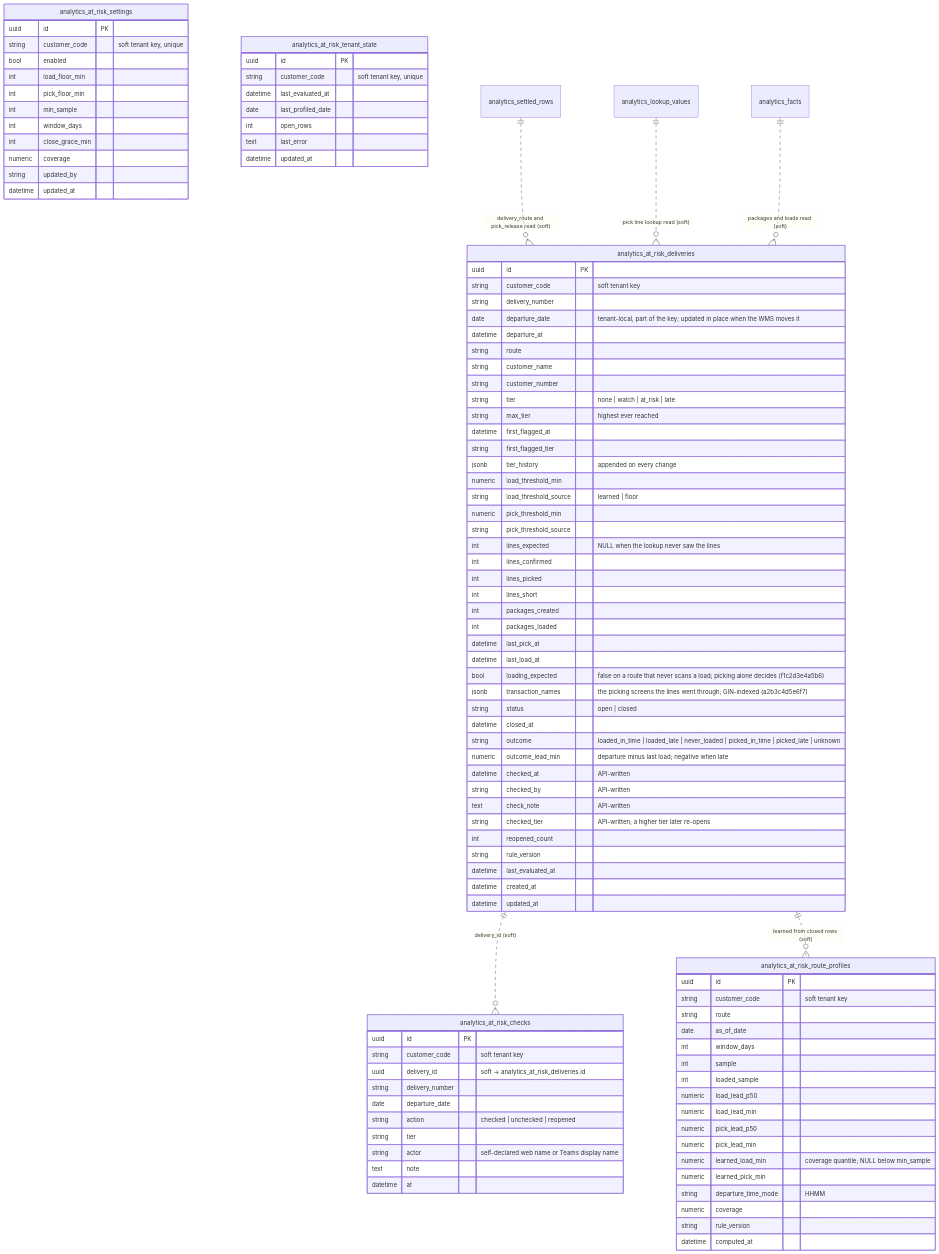
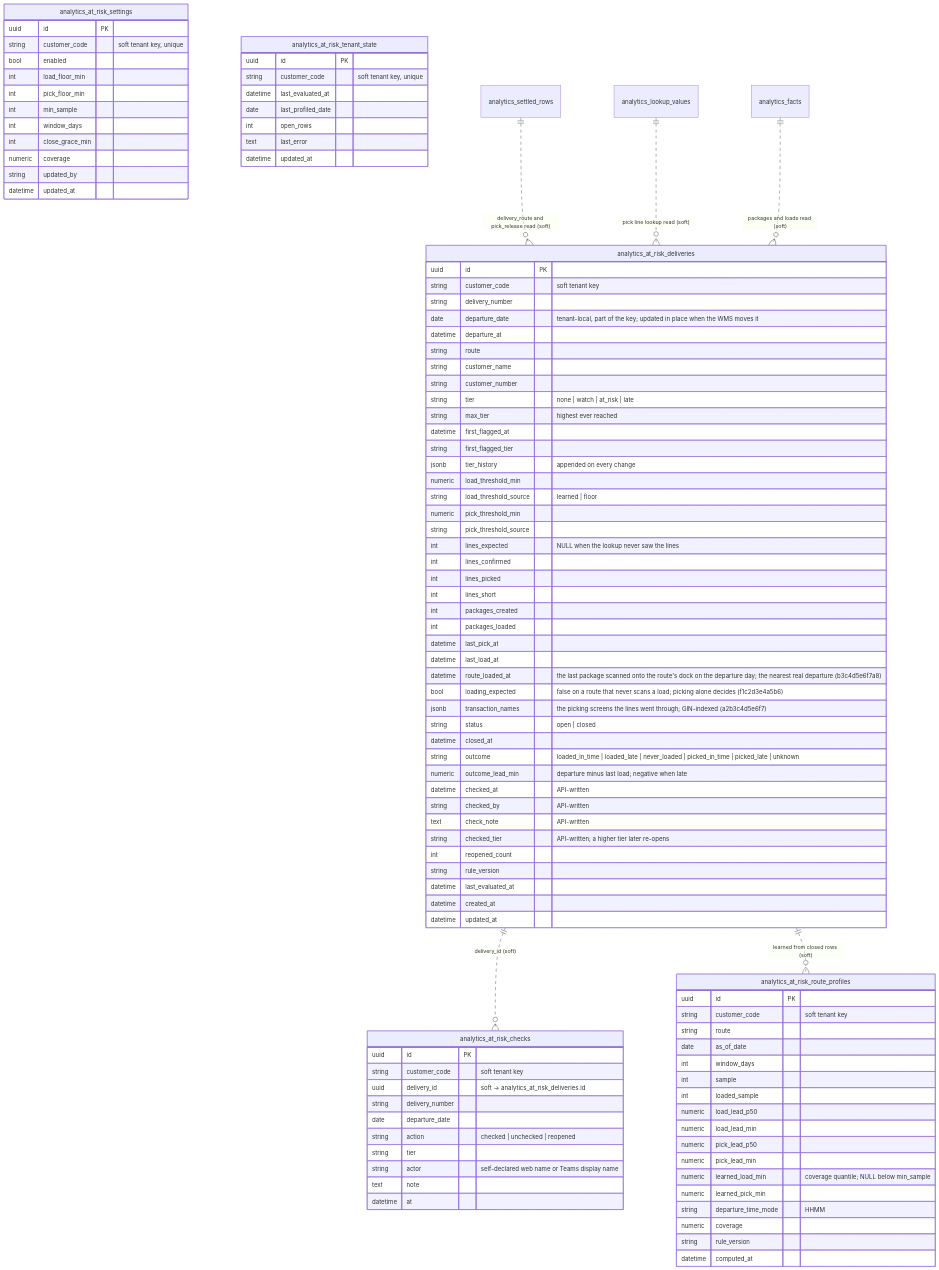
Diagram 13 of 14 in docs/database-er-diagram.md (eamtalu/RAG-PipeLine), drawn with Mermaid before and after one commit. The commit also changed 13 other files, not shown here.

First line of the commit message:
At risk: keep the route's loaded moment as the nearest real departure

```diff
--- a/docs/database-er-diagram.md
+++ b/docs/database-er-diagram.md
@@ -1202,6 +1202,7 @@
         int packages_loaded
         datetime last_pick_at
         datetime last_load_at
+        datetime route_loaded_at "the last package scanned onto the route's dock on the departure day; the nearest real departure (b3c4d5e6f7a8)"
         bool loading_expected "false on a route that never scans a load; picking alone decides (f1c2d3e4a5b6)"
         jsonb transaction_names "the picking screens the lines went through; GIN-indexed (a2b3c4d5e6f7)"
         string status "open | closed"
```
